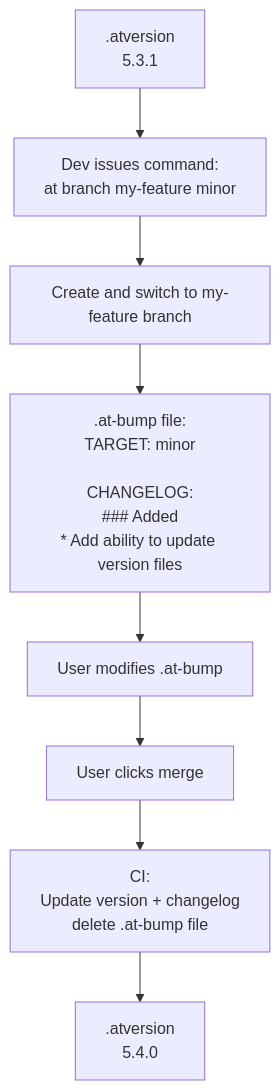
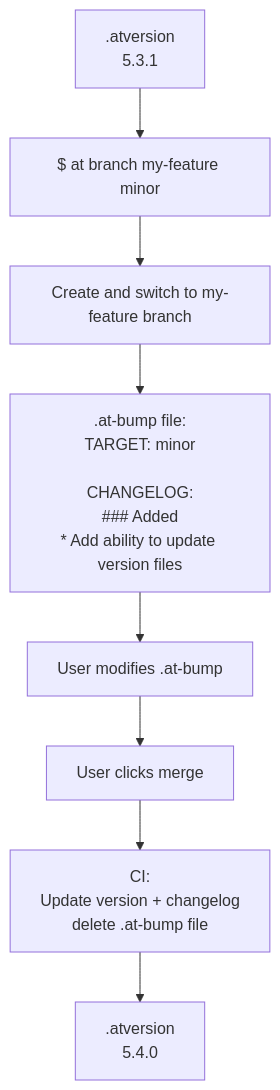
One commit to gregerspoulsen/artisan_tools changed the diagram in doc/workflow.mermaid. Above: the diagram before and after it, drawn with Mermaid.

```diff
--- a/doc/workflow.mermaid
+++ b/doc/workflow.mermaid
@@ -1,17 +1,17 @@
 graph TD
     A[.atversion<br>5.3.1]
-    B["Dev issues command:<br>at branch my-feature minor<br>"]
+    B["$ at branch my-feature minor<br>"]
     C[Create and switch to my-feature branch]
     D[".at-bump file:<br>TARGET: minor<br><br>CHANGELOG:<br>### Added<br>* Add ability to update version files"]
     E[User modifies .at-bump]
     F[User clicks merge]
     G[CI:<br>Update version + changelog<br>delete .at-bump file]
     H[.atversion<br>5.4.0]
 
     A --> B
     B --> C
     C --> D
     D --> E
     E --> F
     F --> G
     G --> H
```
